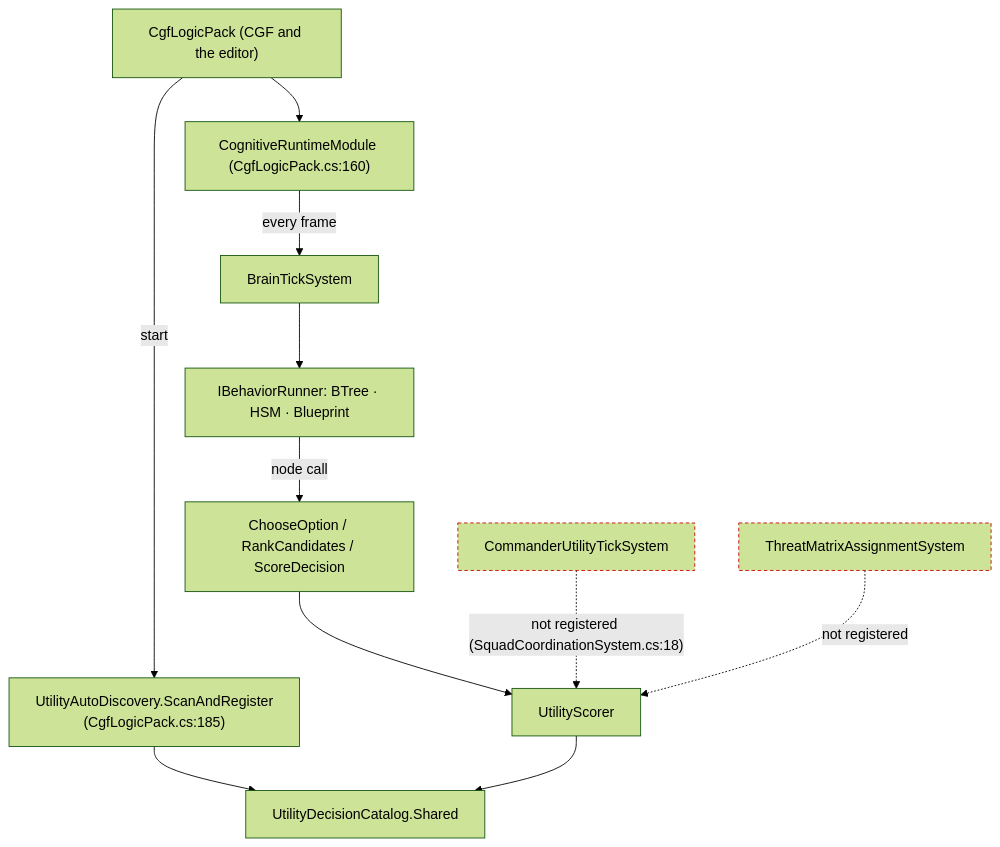
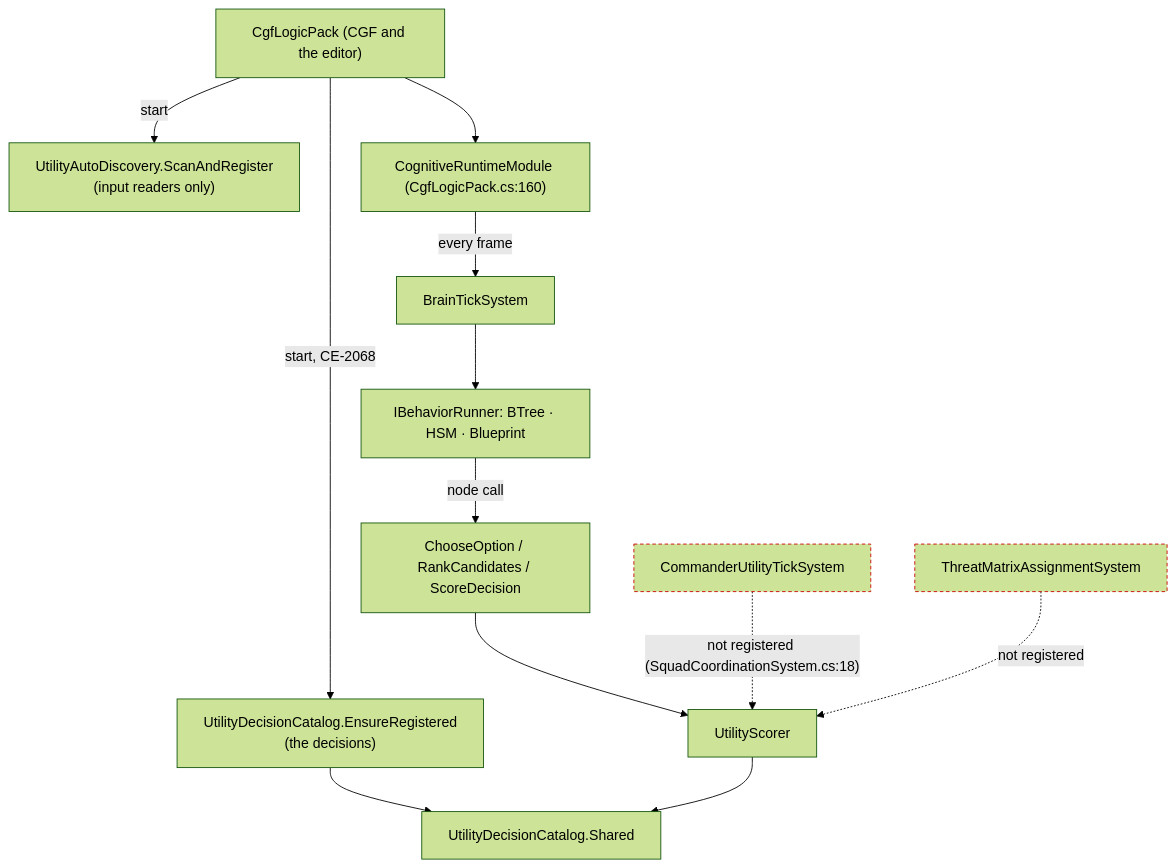
One commit to pjanec/HROT changed the sixth of 14 diagrams in docs/DESIGN_Decision_Layer.md. Above: the diagram before and after it, drawn with Mermaid (forest theme). The commit also changed other lines of this file and 10 other files, not shown here.

First line of the commit message:
CE-2068: UtilityDecisionRef — a decision field is pickable by its type; the decision catalog is filled in production

````diff
--- a/docs/DESIGN_Decision_Layer.md
+++ b/docs/DESIGN_Decision_Layer.md
@@ -279,16 +279,17 @@
 ```mermaid
 graph TD
-  CGF["CgfLogicPack (CGF and the editor)"] -->|start| DISC["UtilityAutoDiscovery.ScanAndRegister<br/>(CgfLogicPack.cs:185)"]
-  DISC --> CAT["UtilityDecisionCatalog.Shared"]
+  CGF["CgfLogicPack (CGF and the editor)"] -->|start| DISC["UtilityAutoDiscovery.ScanAndRegister<br/>(input readers only)"]
+  CGF -->|start, CE-2068| ENS["UtilityDecisionCatalog.EnsureRegistered<br/>(the decisions)"]
+  ENS --> CAT["UtilityDecisionCatalog.Shared"]
   CGF --> CRM["CognitiveRuntimeModule (CgfLogicPack.cs:160)"]
   CRM -->|every frame| BTS["BrainTickSystem"]
   BTS --> RUN["IBehaviorRunner: BTree · HSM · Blueprint"]
   RUN -->|node call| STEP["ChooseOption / RankCandidates / ScoreDecision"]
   STEP --> SC["UtilityScorer"]
   SC --> CAT
   CUT["CommanderUtilityTickSystem"]:::dead
   TMA["ThreatMatrixAssignmentSystem"]:::dead
   CUT -.->|"not registered (SquadCoordinationSystem.cs:18)"| SC
   TMA -.->|"not registered"| SC
   classDef dead stroke:#c00,stroke-dasharray: 4 3
 ```
````
